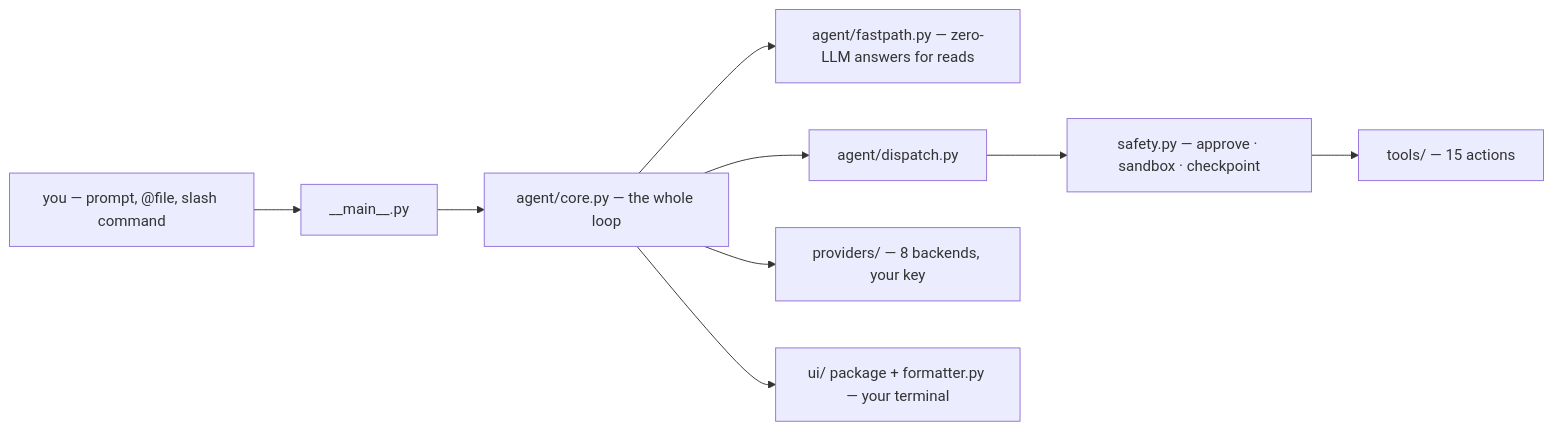
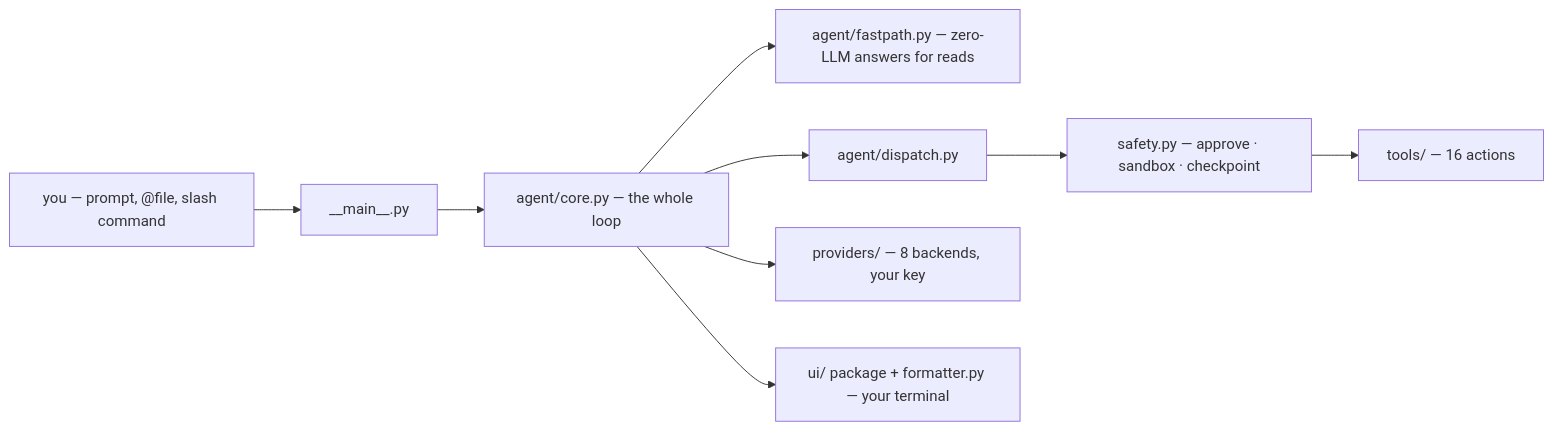
One commit to mukundzha/hazzel changed the diagram in README.md. Above: the diagram before and after it, drawn with Mermaid. The commit also changed other lines of this file and 9 other files, not shown here.

````diff
--- a/README.md
+++ b/README.md
@@ -72,11 +72,11 @@
 ```mermaid
 flowchart LR
     you["you — prompt, @file, slash command"] --> repl["__main__.py"]
     repl --> loop["agent/core.py — the whole loop"]
     loop --> fast["agent/fastpath.py — zero-LLM answers for reads"]
     loop --> dispatch["agent/dispatch.py"]
     dispatch --> gate["safety.py — approve · sandbox · checkpoint"]
-    gate --> tools["tools/ — 15 actions"]
+    gate --> tools["tools/ — 16 actions"]
     loop --> llm["providers/ — 8 backends, your key"]
     loop --> term["ui/ package + formatter.py — your terminal"]
 ```
````
